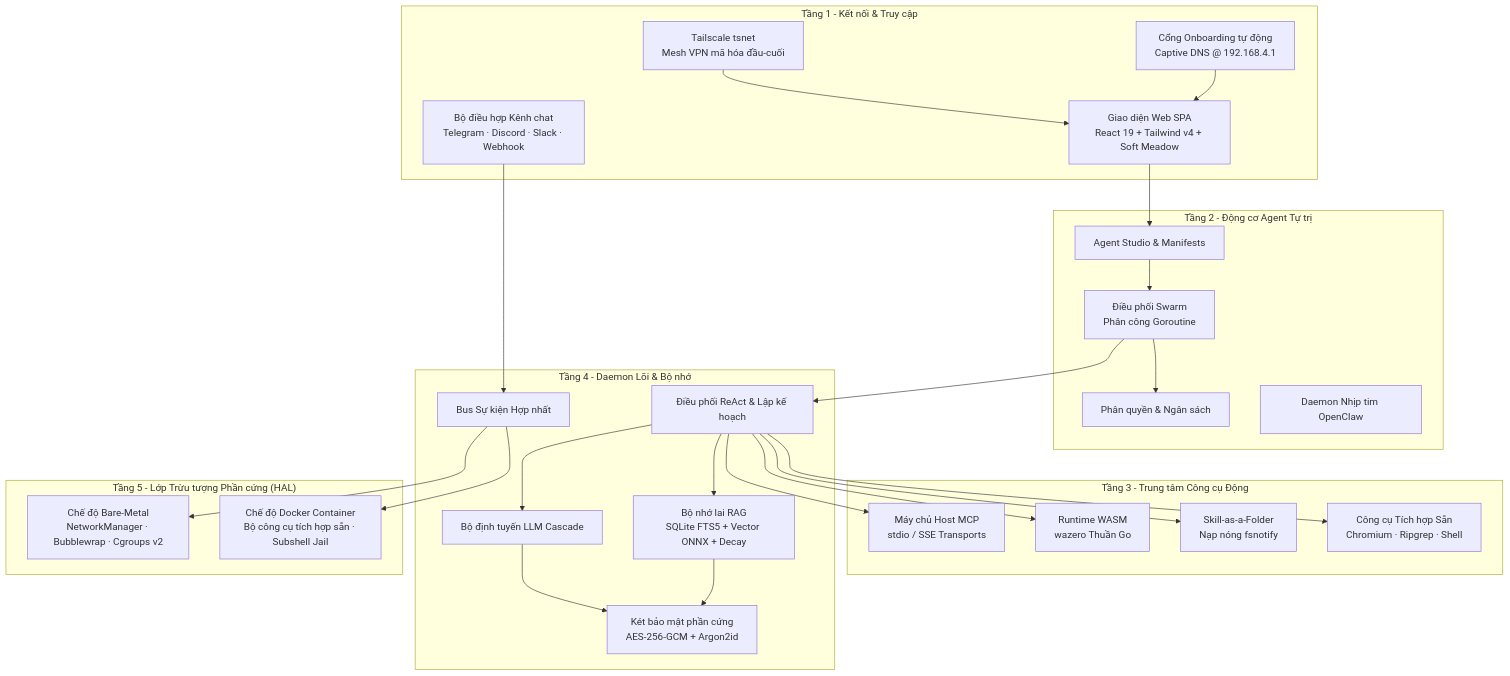
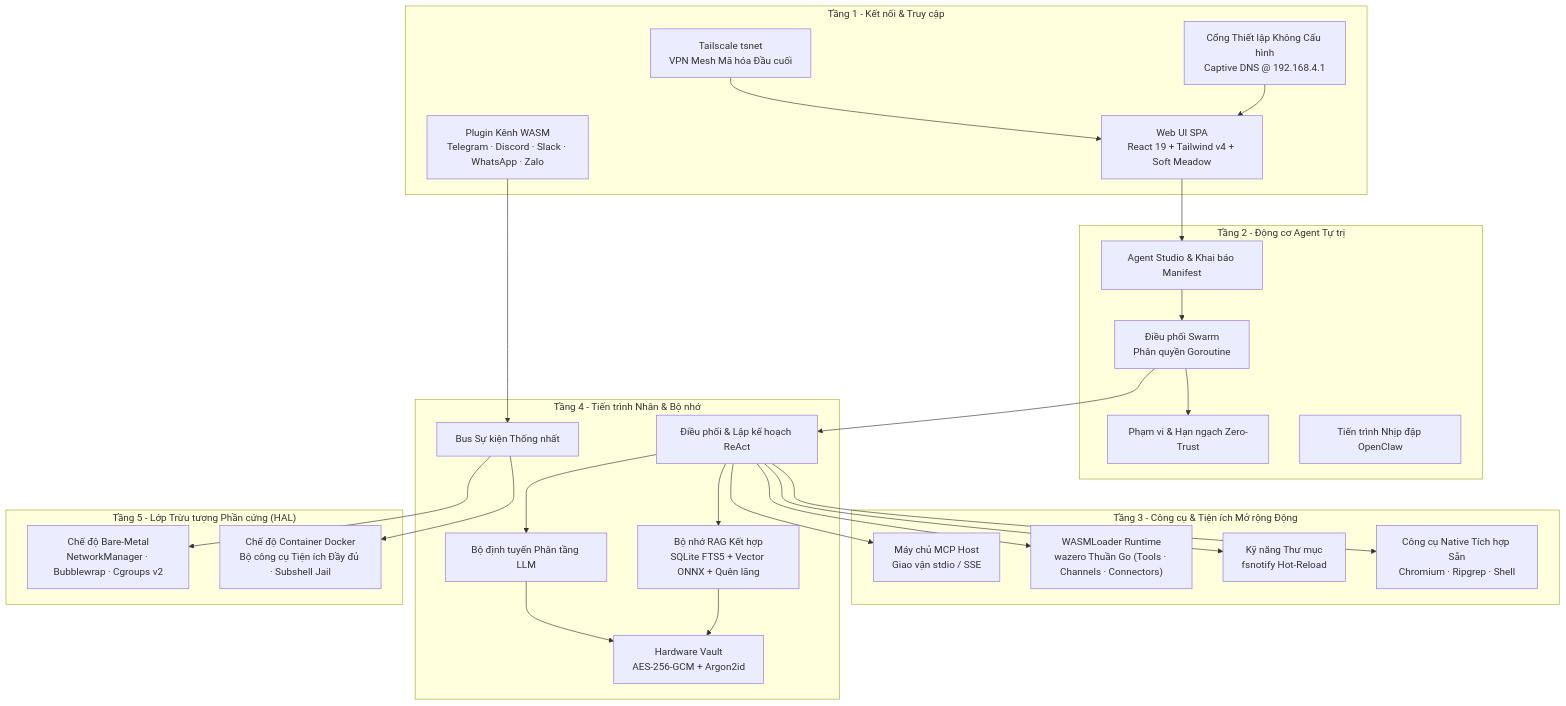
The diagram in i18n/vi/docusaurus-plugin-content-docs/version-0.1/getting-started/overview.mdx (actonos/docs), drawn with Mermaid before and after one commit. The commit also changed other lines of this file and 57 other files, not shown here.

````diff
--- a/i18n/vi/docusaurus-plugin-content-docs/version-0.1/getting-started/overview.mdx
+++ b/i18n/vi/docusaurus-plugin-content-docs/version-0.1/getting-started/overview.mdx
@@ -14,54 +14,54 @@
 ```mermaid
 graph TB
     subgraph "Tầng 1 - Kết nối & Truy cập"
-        TSNET["Tailscale tsnet<br/>Mesh VPN mã hóa đầu-cuối"]
-        WEBUI["Giao diện Web SPA<br/>React 19 + Tailwind v4 + Soft Meadow"]
-        CHANNELS["Bộ điều hợp Kênh chat<br/>Telegram · Discord · Slack · Webhook"]
-        PORTAL["Cổng Onboarding tự động<br/>Captive DNS @ 192.168.4.1"]
+        TSNET["Tailscale tsnet<br/>VPN Mesh Mã hóa Đầu cuối"]
+        WEBUI["Web UI SPA<br/>React 19 + Tailwind v4 + Soft Meadow"]
+        CHANNELS["Plugin Kênh WASM<br/>Telegram · Discord · Slack · WhatsApp · Zalo"]
+        PORTAL["Cổng Thiết lập Không Cấu hình<br/>Captive DNS @ 192.168.4.1"]
     end
 
     subgraph "Tầng 2 - Động cơ Agent Tự trị"
-        STUDIO["Agent Studio & Manifests"]
-        SWARM["Điều phối Swarm<br/>Phân công Goroutine"]
-        DELEGATION["Phân quyền & Ngân sách"]
-        HEARTBEAT["Daemon Nhịp tim OpenClaw"]
+        STUDIO["Agent Studio & Khai báo Manifest"]
+        SWARM["Điều phối Swarm<br/>Phân quyền Goroutine"]
+        DELEGATION["Phạm vi & Hạn ngạch Zero-Trust"]
+        HEARTBEAT["Tiến trình Nhịp đập OpenClaw"]
     end
 
-    subgraph "Tầng 3 - Trung tâm Công cụ Động"
-        MCP["Máy chủ Host MCP<br/>stdio / SSE Transports"]
-        WASM["Runtime WASM<br/>wazero Thuần Go"]
-        SKILLS["Skill-as-a-Folder<br/>Nạp nóng fsnotify"]
-        NATIVE["Công cụ Tích hợp Sẵn<br/>Chromium · Ripgrep · Shell"]
+    subgraph "Tầng 3 - Công cụ & Tiện ích Mở rộng Động"
+        MCP["Máy chủ MCP Host<br/>Giao vận stdio / SSE"]
+        WASM["WASMLoader Runtime<br/>wazero Thuần Go (Tools · Channels · Connectors)"]
+        SKILLS["Kỹ năng Thư mục<br/>fsnotify Hot-Reload"]
+        NATIVE["Công cụ Native Tích hợp Sẵn<br/>Chromium · Ripgrep · Shell"]
     end
 
-    subgraph "Tầng 4 - Daemon Lõi & Bộ nhớ"
-        BUS["Bus Sự kiện Hợp nhất"]
-        REACT["Điều phối ReAct & Lập kế hoạch"]
-        CASCADE["Bộ định tuyến LLM Cascade"]
-        MEMORY["Bộ nhớ lai RAG<br/>SQLite FTS5 + Vector ONNX + Decay"]
-        VAULT["Két bảo mật phần cứng<br/>AES-256-GCM + Argon2id"]
+    subgraph "Tầng 4 - Tiến trình Nhân & Bộ nhớ"
+        BUS["Bus Sự kiện Thống nhất"]
+        REACT["Điều phối & Lập kế hoạch ReAct"]
+        CASCADE["Bộ định tuyến Phân tầng LLM"]
+        MEMORY["Bộ nhớ RAG Kết hợp<br/>SQLite FTS5 + Vector ONNX + Quên lãng"]
+        VAULT["Hardware Vault<br/>AES-256-GCM + Argon2id"]
     end
 
     subgraph "Tầng 5 - Lớp Trừu tượng Phần cứng (HAL)"
         BARE["Chế độ Bare-Metal<br/>NetworkManager · Bubblewrap · Cgroups v2"]
-        DOCKER["Chế độ Docker Container<br/>Bộ công cụ tích hợp sẵn · Subshell Jail"]
+        DOCKER["Chế độ Container Docker<br/>Bộ công cụ Tiện ích Đầy đủ · Subshell Jail"]
     end
 
     WEBUI --> STUDIO
     CHANNELS --> BUS
     TSNET --> WEBUI
     PORTAL --> WEBUI
     STUDIO --> SWARM
     SWARM --> DELEGATION
     SWARM --> REACT
     REACT --> MCP
     REACT --> WASM
     REACT --> SKILLS
     REACT --> NATIVE
     REACT --> CASCADE
     REACT --> MEMORY
     CASCADE --> VAULT
     MEMORY --> VAULT
     BUS --> BARE
     BUS --> DOCKER
 ```
````
